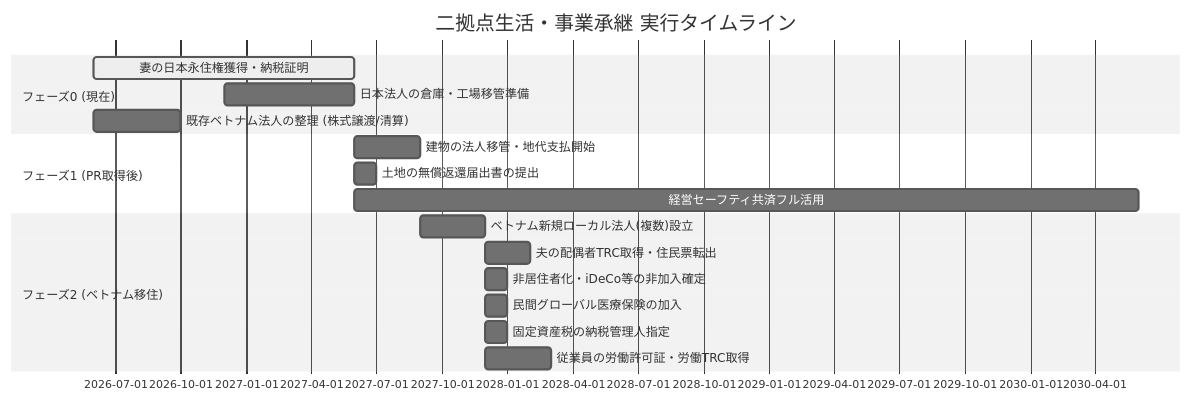
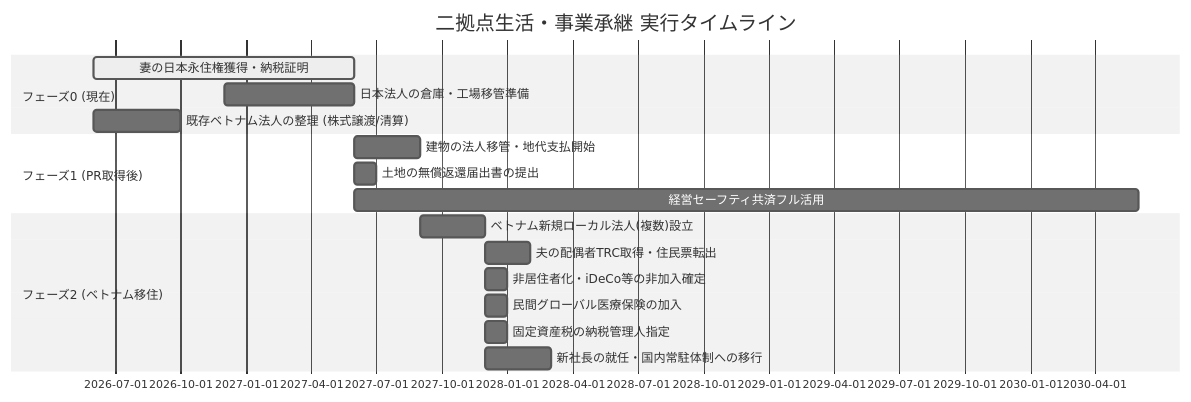
The third of 3 diagrams in final_strategy_roadmap.md (osada-lang/FP), drawn with Mermaid (neutral theme) before and after one commit. The commit also changed other lines of this file and 2 other files, not shown here.

````diff
--- a/final_strategy_roadmap.md
+++ b/final_strategy_roadmap.md
@@ -153,20 +156,20 @@
 ```mermaid
 gantt
     title 二拠点生活・事業承継 実行タイムライン
     dateFormat  YYYY-MM
     section フェーズ0 (現在)
     妻の日本永住権獲得・納税証明     :active, 2026-06, 2027-06
     日本法人の倉庫・工場移管準備     : 2026-12, 2027-06
     既存ベトナム法人の整理 (株式譲渡/清算) : 2026-06, 2026-10
     section フェーズ1 (PR取得後)
     建物の法人移管・地代支払開始    : 2027-06, 2027-09
     土地の無償返還届出書の提出      : 2027-06, 2027-07
     経営セーフティ共済フル活用      : 2027-06, 2030-06
     section フェーズ2 (ベトナム移住)
     ベトナム新規ローカル法人(複数)設立: 2027-09, 2027-12
     夫の配偶者TRC取得・住民票転出    : 2027-12, 2028-02
     非居住者化・iDeCo等の非加入確定 : 2027-12, 2028-01
     民間グローバル医療保険の加入     : 2027-12, 2028-01
     固定資産税の納税管理人指定      : 2027-12, 2028-01
-    従業員の労働許可証・労働TRC取得   : 2027-12, 2028-03
+    新社長の就任・国内常駐体制への移行 : 2027-12, 2028-03
 ```
````
